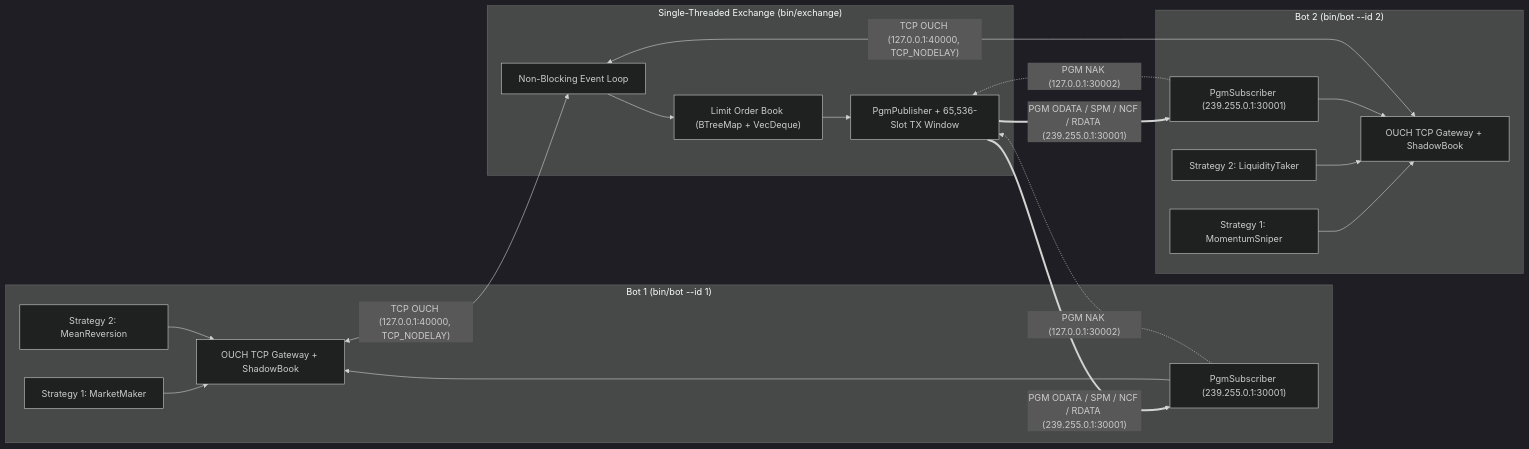
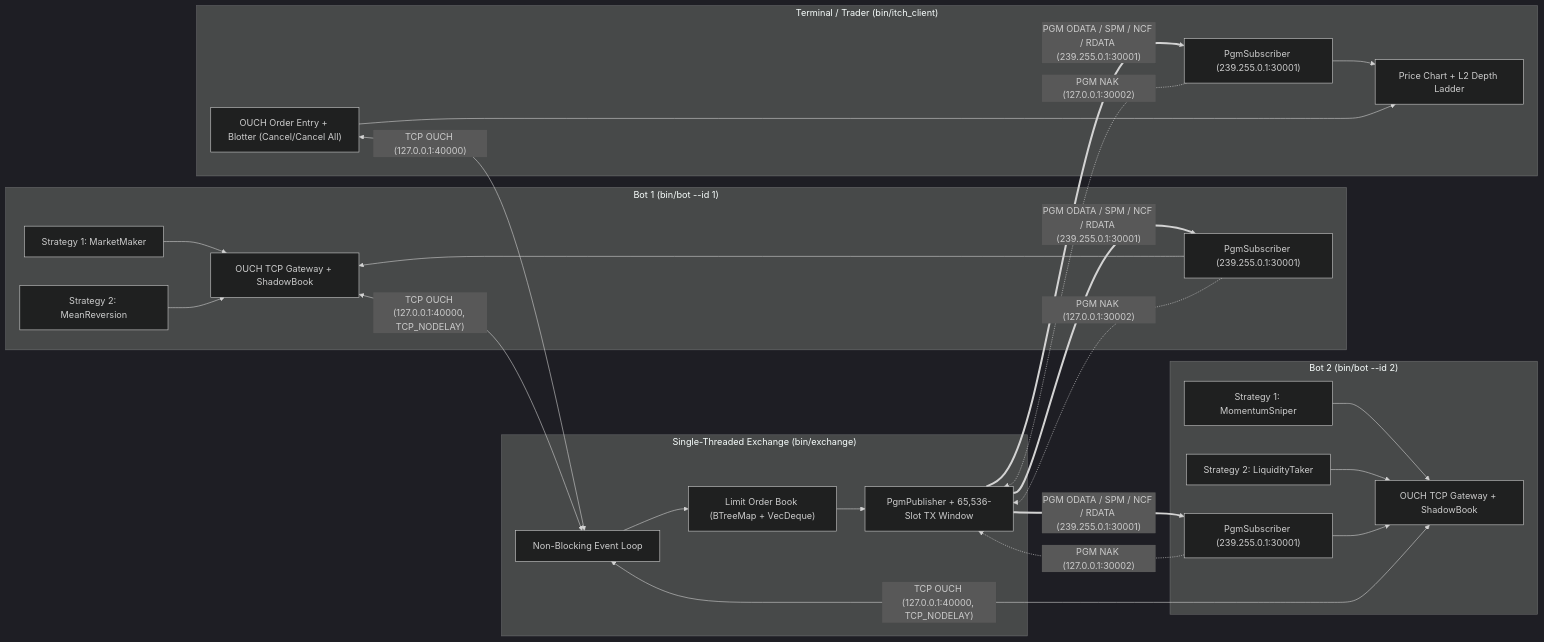
One commit to yesmanchyk/nasdaq changed the diagram in itch-ouch-sim/README.md. Above: the diagram before and after it, drawn with Mermaid (dark theme). The commit also changed other lines of this file, not shown here.

Commit message:
Update README with itch_client GUI terminal, architecture diagram, and order entry docs

````diff
--- a/itch-ouch-sim/README.md
+++ b/itch-ouch-sim/README.md
@@ -9,36 +9,47 @@
 ```mermaid
 flowchart LR
     subgraph Bot1["Bot 1 (bin/bot --id 1)"]
         B1S1["Strategy 1: MarketMaker"]
         B1S2["Strategy 2: MeanReversion"]
         B1GW["OUCH TCP Gateway + ShadowBook"]
         B1PGM["PgmSubscriber (239.255.0.1:30001)"]
         B1S1 --> B1GW
         B1S2 --> B1GW
         B1PGM --> B1GW
     end
 
     subgraph Bot2["Bot 2 (bin/bot --id 2)"]
         B2S1["Strategy 1: MomentumSniper"]
         B2S2["Strategy 2: LiquidityTaker"]
         B2GW["OUCH TCP Gateway + ShadowBook"]
         B2PGM["PgmSubscriber (239.255.0.1:30001)"]
         B2S1 --> B2GW
         B2S2 --> B2GW
         B2PGM --> B2GW
     end
 
+    subgraph GUI["Terminal / Trader (bin/itch_client)"]
+        GUI_CHART["Price Chart + L2 Depth Ladder"]
+        GUI_OE["OUCH Order Entry + Blotter (Cancel/Cancel All)"]
+        GUI_PGM["PgmSubscriber (239.255.0.1:30001)"]
+        GUI_PGM --> GUI_CHART
+        GUI_OE --> GUI_CHART
+    end
+
     subgraph Exchange["Single-Threaded Exchange (bin/exchange)"]
         EL["Non-Blocking Event Loop"]
         OB["Limit Order Book (BTreeMap + VecDeque)"]
         PGM["PgmPublisher + 65,536-Slot TX Window"]
         EL --> OB --> PGM
     end
 
     B1GW <-- "TCP OUCH (127.0.0.1:40000, TCP_NODELAY)" --> EL
     B2GW <-- "TCP OUCH (127.0.0.1:40000, TCP_NODELAY)" --> EL
+    GUI_OE <-- "TCP OUCH (127.0.0.1:40000)" --> EL
     PGM == "PGM ODATA / SPM / NCF / RDATA (239.255.0.1:30001)" ==> B1PGM
     PGM == "PGM ODATA / SPM / NCF / RDATA (239.255.0.1:30001)" ==> B2PGM
+    PGM == "PGM ODATA / SPM / NCF / RDATA (239.255.0.1:30001)" ==> GUI_PGM
     B1PGM -. "PGM NAK (127.0.0.1:30002)" .-> PGM
     B2PGM -. "PGM NAK (127.0.0.1:30002)" .-> PGM
+    GUI_PGM -. "PGM NAK (127.0.0.1:30002)" .-> PGM
 ```
````
